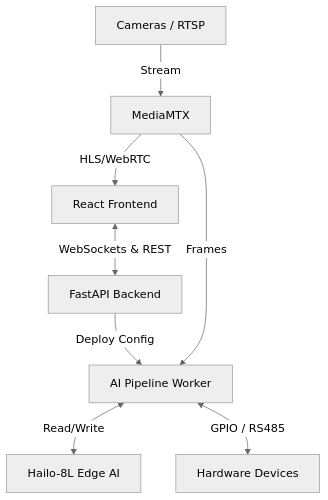
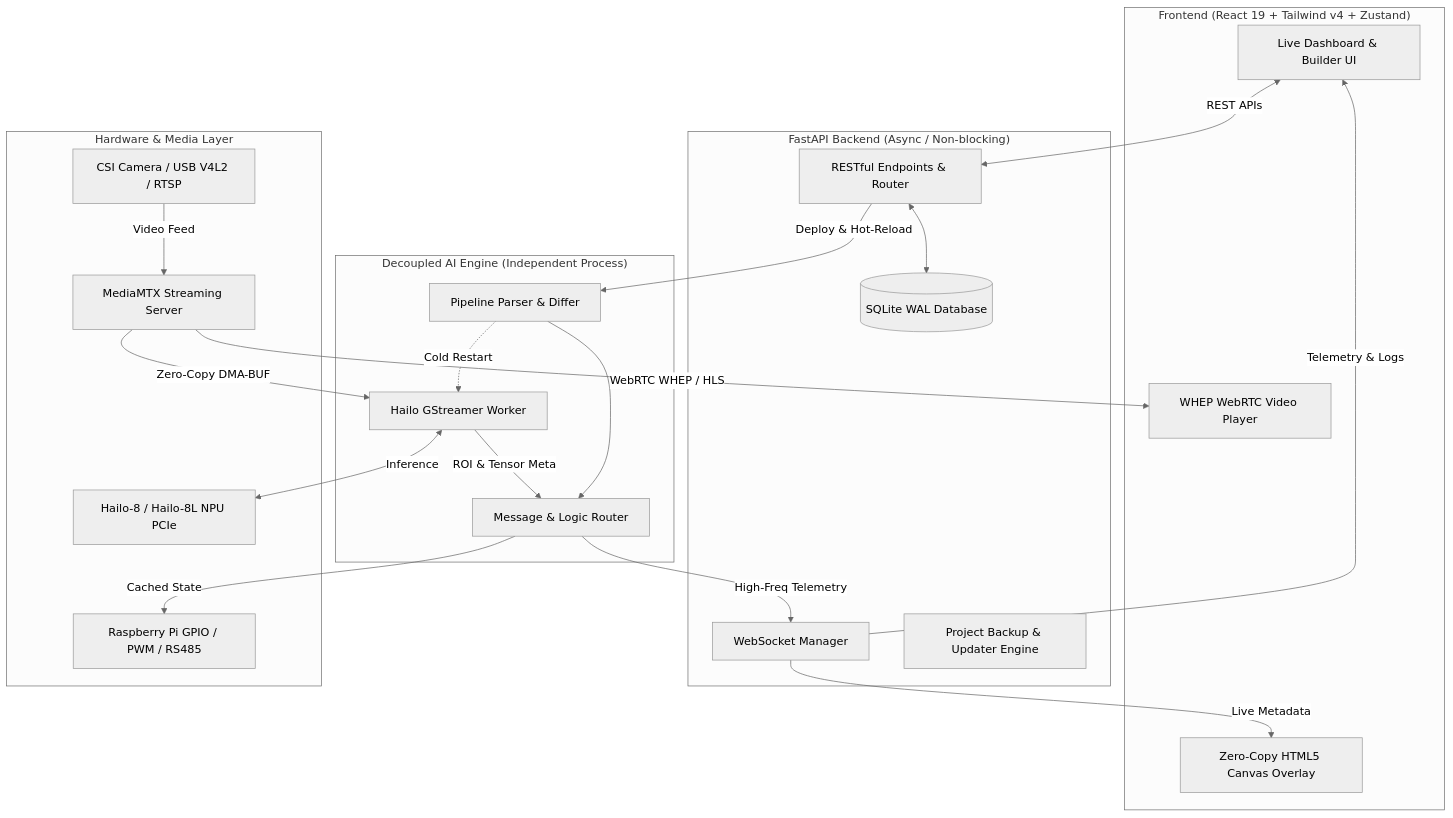
One commit to CytronTH/pido.ai changed the diagram in README.md. Above: the diagram before and after it, drawn with Mermaid (neutral theme). The commit also changed other lines of this file and 5 other files, not shown here.

````diff
--- a/README.md
+++ b/README.md
@@ -48,10 +181,48 @@
 ```mermaid
 graph TD
-    UI[React Frontend] <-->|WebSockets & REST| API[FastAPI Backend]
-    API -->|Deploy Config| W[AI Pipeline Worker]
-    W <-->|Read/Write| H[Hailo-8L Edge AI]
-    W <-->|GPIO / RS485| HW[Hardware Devices]
-    Cam[Cameras / RTSP] -->|Stream| M[MediaMTX]
-    M -->|HLS/WebRTC| UI
-    M -->|Frames| W
+    subgraph Frontend ["Frontend (React 19 + Tailwind v4 + Zustand)"]
+        UI[Live Dashboard & Builder UI]
+        Canvas[Zero-Copy HTML5 Canvas Overlay]
+        WHEP[WHEP WebRTC Video Player]
+    end
+
+    subgraph BackendCore ["FastAPI Backend (Async / Non-blocking)"]
+        API[RESTful Endpoints & Router]
+        WS[WebSocket Manager]
+        DB[(SQLite WAL Database)]
+        Backup[Project Backup & Updater Engine]
+    end
+
+    subgraph AIEngine ["Decoupled AI Engine (Independent Process)"]
+        Parser[Pipeline Parser & Differ]
+        HailoWorker[Hailo GStreamer Worker]
+        Router[Message & Logic Router]
+    end
+
+    subgraph HardwareAndMedia ["Hardware & Media Layer"]
+        NPU[Hailo-8 / Hailo-8L NPU PCIe]
+        MediaMTX[MediaMTX Streaming Server]
+        Cameras[CSI Camera / USB V4L2 / RTSP]
+        GPIO[Raspberry Pi GPIO / PWM / RS485]
+    end
+
+    %% Video Flow
+    Cameras -->|Video Feed| MediaMTX
+    MediaMTX -->|WebRTC WHEP / HLS| WHEP
+    MediaMTX -->|Zero-Copy DMA-BUF| HailoWorker
+
+    %% AI & Hardware Flow
+    HailoWorker <-->|Inference| NPU
+    HailoWorker -->|ROI & Tensor Meta| Router
+    Router -->|Cached State| GPIO
+    Router -->|High-Freq Telemetry| WS
+
+    %% Web & API Connections
+    UI <-->|REST APIs| API
+    WS -->|Live Metadata| Canvas
+    WS -->|Telemetry & Logs| UI
+    API -->|Deploy & Hot-Reload| Parser
+    Parser --> Router
+    Parser -.->|Cold Restart| HailoWorker
+    API <--> DB
 ```
````
